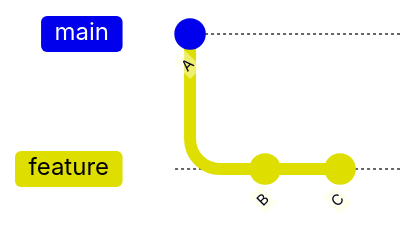
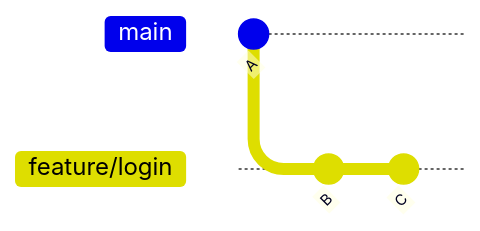
The second of 4 diagrams in docs/guide/branching.md (ykgw-daiki-nakamura/nakamura-git-tutorial), drawn with Mermaid before and after one commit. The commit also changed other lines of this file and 1 other file, not shown here.

Commit message:
docs(guide): 図のブランチ名を feature/login に統一（レビュー反映）

````diff
--- a/docs/guide/branching.md
+++ b/docs/guide/branching.md
@@ -53,8 +53,8 @@
 ```mermaid
 gitGraph
     commit id: "A"
-    branch feature
-    checkout feature
+    branch feature/login
+    checkout feature/login
     commit id: "B"
     commit id: "C"
 ```
````
